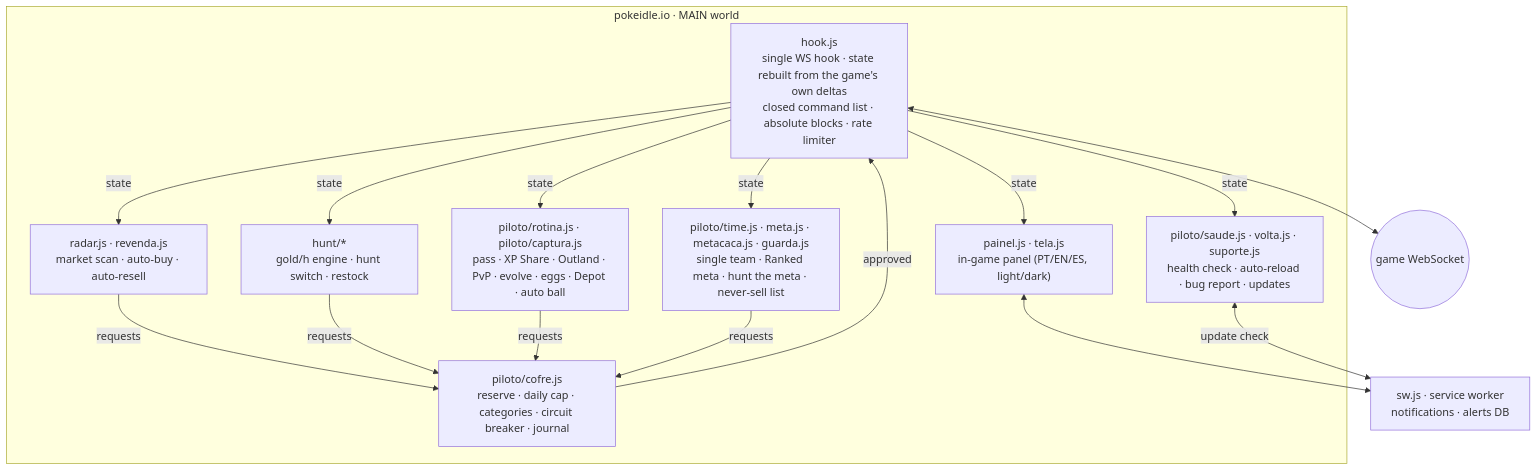
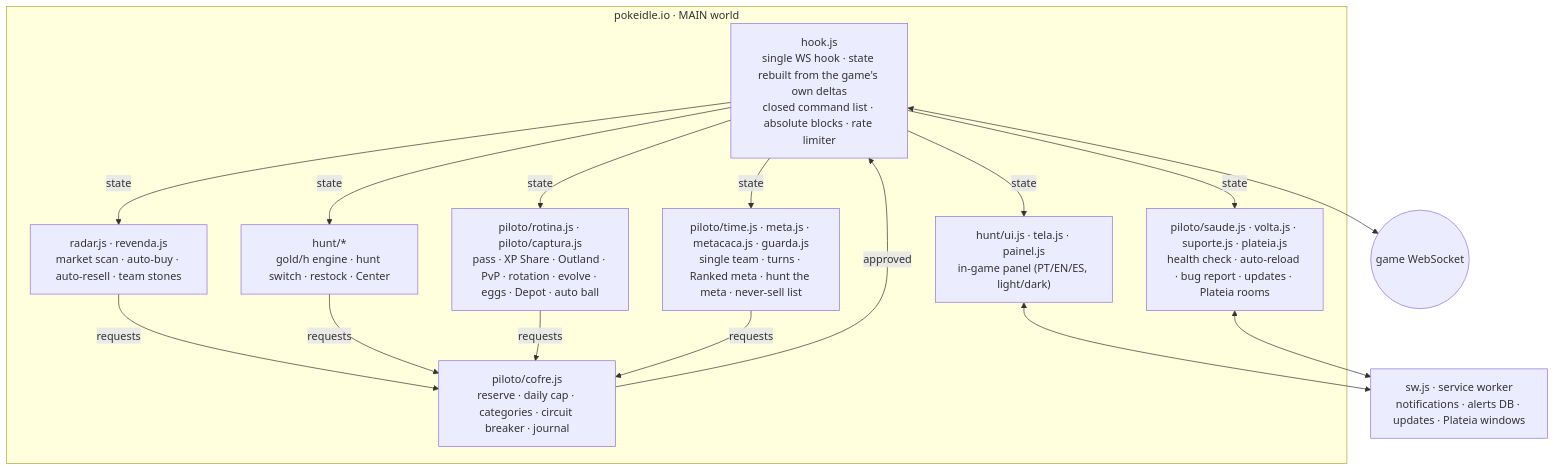
The diagram in README.md (DredsGG/pokeidle-piloto), drawn with Mermaid before and after one commit. The commit also changed other lines of this file and 10 other files, not shown here.

````diff
--- a/README.md
+++ b/README.md
@@ -74,19 +129,19 @@
 ```mermaid
 flowchart TB
   WS(("game WebSocket"))
   subgraph MAIN["pokeidle.io · MAIN world"]
     H["hook.js<br/>single WS hook · state rebuilt from the game's own deltas<br/>closed command list · absolute blocks · rate limiter"]
     C["piloto/cofre.js<br/>reserve · daily cap · categories · circuit breaker · journal"]
-    RA["radar.js · revenda.js<br/>market scan · auto-buy · auto-resell"]
-    HU["hunt/*<br/>gold/h engine · hunt switch · restock"]
-    RO["piloto/rotina.js · piloto/captura.js<br/>pass · XP Share · Outland · PvP · evolve · eggs · Depot · auto ball"]
-    TM["piloto/time.js · meta.js · metacaca.js · guarda.js<br/>single team · Ranked meta · hunt the meta · never-sell list"]
-    SA["piloto/saude.js · volta.js · suporte.js<br/>health check · auto-reload · bug report · updates"]
-    UI["painel.js · tela.js<br/>in-game panel (PT/EN/ES, light/dark)"]
+    RA["radar.js · revenda.js<br/>market scan · auto-buy · auto-resell · team stones"]
+    HU["hunt/*<br/>gold/h engine · hunt switch · restock · Center"]
+    RO["piloto/rotina.js · piloto/captura.js<br/>pass · XP Share · Outland · PvP · rotation · evolve · eggs · Depot · auto ball"]
+    TM["piloto/time.js · meta.js · metacaca.js · guarda.js<br/>single team · turns · Ranked meta · hunt the meta · never-sell list"]
+    SA["piloto/saude.js · volta.js · suporte.js · plateia.js<br/>health check · auto-reload · bug report · updates · Plateia rooms"]
+    UI["hunt/ui.js · tela.js · painel.js<br/>in-game panel (PT/EN/ES, light/dark)"]
   end
-  SW["sw.js · service worker<br/>notifications · alerts DB"]
+  SW["sw.js · service worker<br/>notifications · alerts DB · updates · Plateia windows"]
   RA & HU & RO & TM -->|requests| C -->|approved| H <--> WS
   H -->|state| RA & HU & RO & TM & SA & UI
   UI <--> SW
-  SA <-->|update check| SW
+  SA <--> SW
 ```
````
